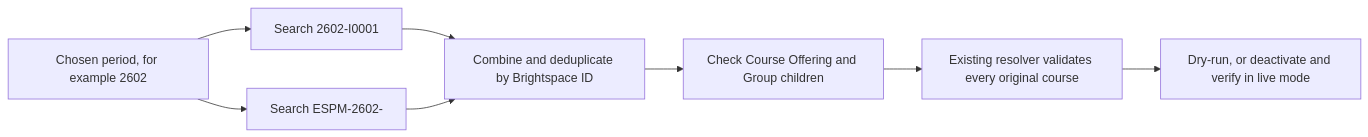
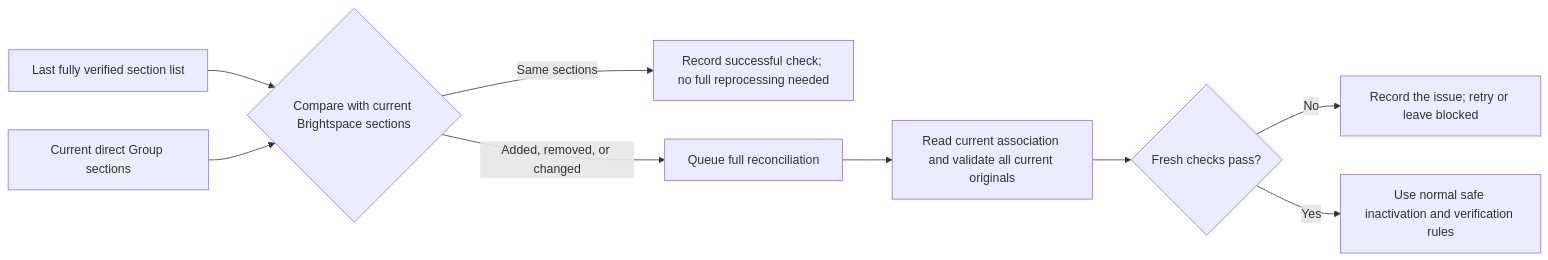
The third of 4 diagrams in BEGINNERS_GUIDE.md (lmssandbox-dev/section-association-fix), drawn with Mermaid before and after one commit. The commit also changed other lines of this file, not shown here.

````diff
--- a/BEGINNERS_GUIDE.md
+++ b/BEGINNERS_GUIDE.md
@@ -114,10 +95,11 @@
 ```mermaid
 flowchart LR
-  A[Chosen period, for example 2602] --> B[Search 2602-I0001]
-  A --> C[Search ESPM-2602-]
-  B --> D[Combine and deduplicate by Brightspace ID]
-  C --> D
-  D --> E[Check Course Offering and Group children]
-  E --> F[Existing resolver validates every original course]
-  F --> G[Dry-run, or deactivate and verify in live mode]
+  A[Last fully verified section list] --> C{Compare with current Brightspace sections}
+  B[Current direct Group sections] --> C
+  C -- Same sections --> D[Record successful check; no full reprocessing needed]
+  C -- Added, removed, or changed --> E[Queue full reconciliation]
+  E --> F[Read current association and validate all current originals]
+  F --> G{Fresh checks pass?}
+  G -- No --> H[Record the issue; retry or leave blocked]
+  G -- Yes --> I[Use normal safe inactivation and verification rules]
 ```
````
